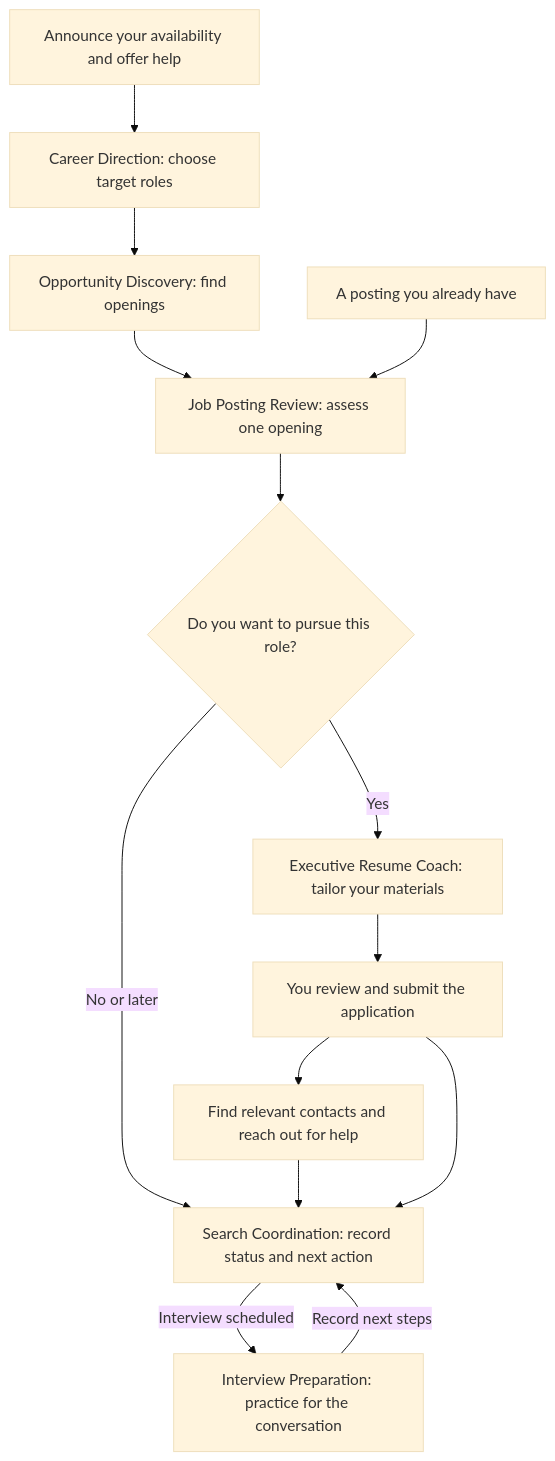
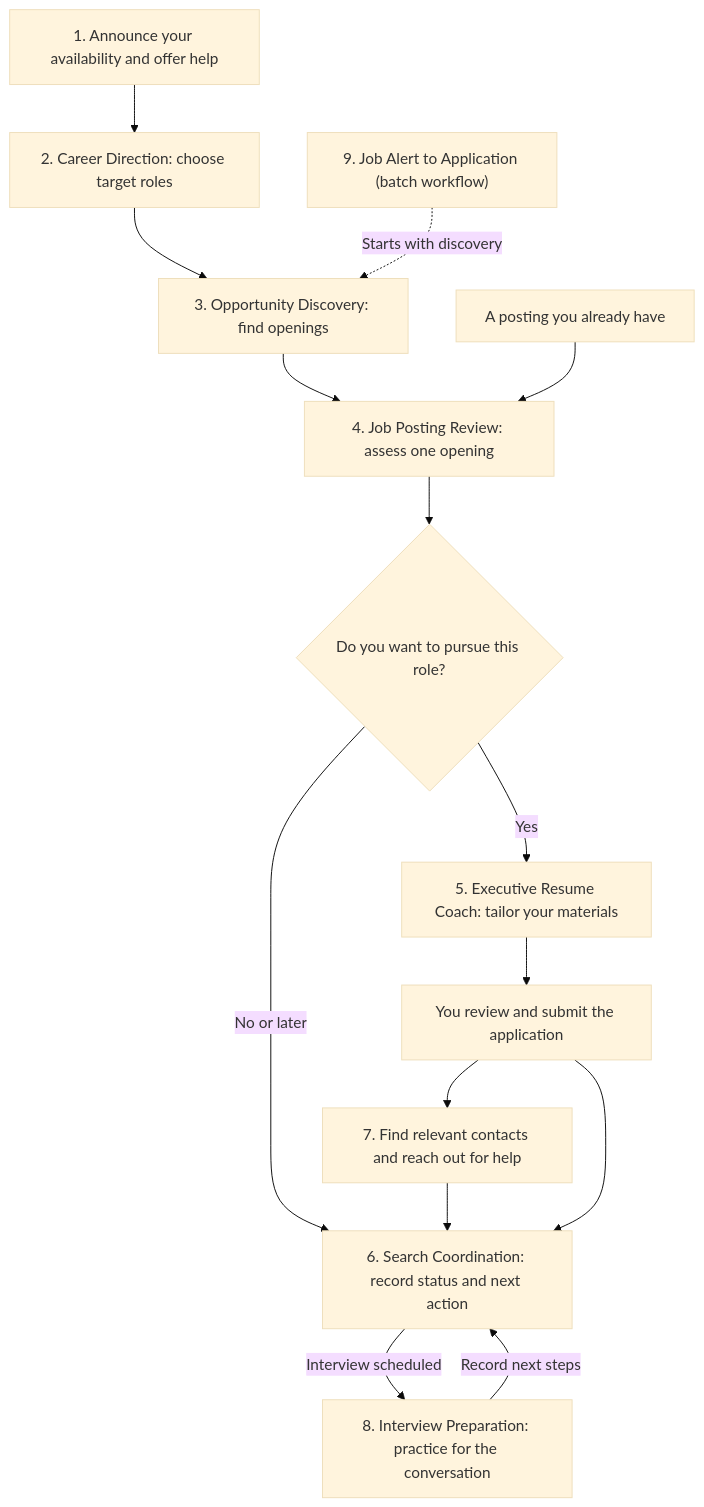
One commit to tafell/Career-Job-Search changed the diagram in guides/WORKFLOWS.md. Above: the diagram before and after it, drawn with Mermaid (base theme). The commit also changed other lines of this file, not shown here.

Commit message:
Match workflow diagram numbers to the skill table

````diff
--- a/guides/WORKFLOWS.md
+++ b/guides/WORKFLOWS.md
@@ -9,16 +9,17 @@
 ```mermaid
 flowchart TD
-    announce["Announce your availability and offer help"] --> direction["Career Direction: choose target roles"]
-    direction --> discover["Opportunity Discovery: find openings"]
-    discover --> review["Job Posting Review: assess one opening"]
+    announce["1. Announce your availability and offer help"] --> direction["2. Career Direction: choose target roles"]
+    direction --> discover["3. Opportunity Discovery: find openings"]
+    discover --> review["4. Job Posting Review: assess one opening"]
+    batch["9. Job Alert to Application (batch workflow)"] -.->|Starts with discovery| discover
     posting["A posting you already have"] --> review
     review --> decide{"Do you want to pursue this role?"}
-    decide -->|Yes| materials["Executive Resume Coach: tailor your materials"]
-    decide -->|No or later| track["Search Coordination: record status and next action"]
+    decide -->|Yes| materials["5. Executive Resume Coach: tailor your materials"]
+    decide -->|No or later| track["6. Search Coordination: record status and next action"]
     materials --> submit["You review and submit the application"]
-    submit --> outreach["Find relevant contacts and reach out for help"]
+    submit --> outreach["7. Find relevant contacts and reach out for help"]
     outreach --> track
     submit --> track
-    track -->|Interview scheduled| interview["Interview Preparation: practice for the conversation"]
+    track -->|Interview scheduled| interview["8. Interview Preparation: practice for the conversation"]
     interview -->|Record next steps| track
 ```
````
